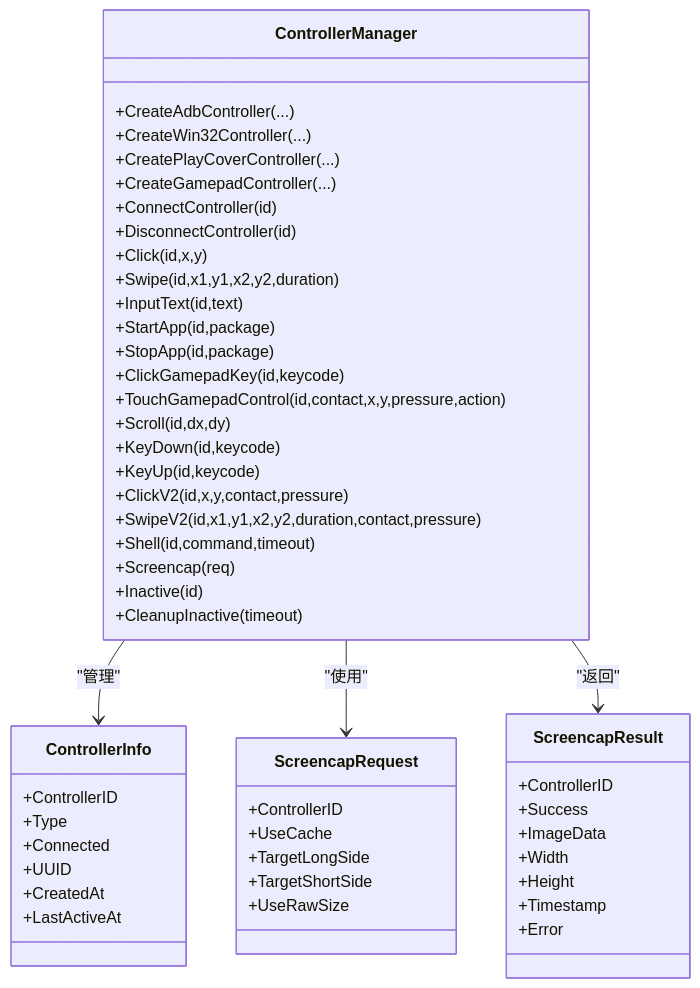
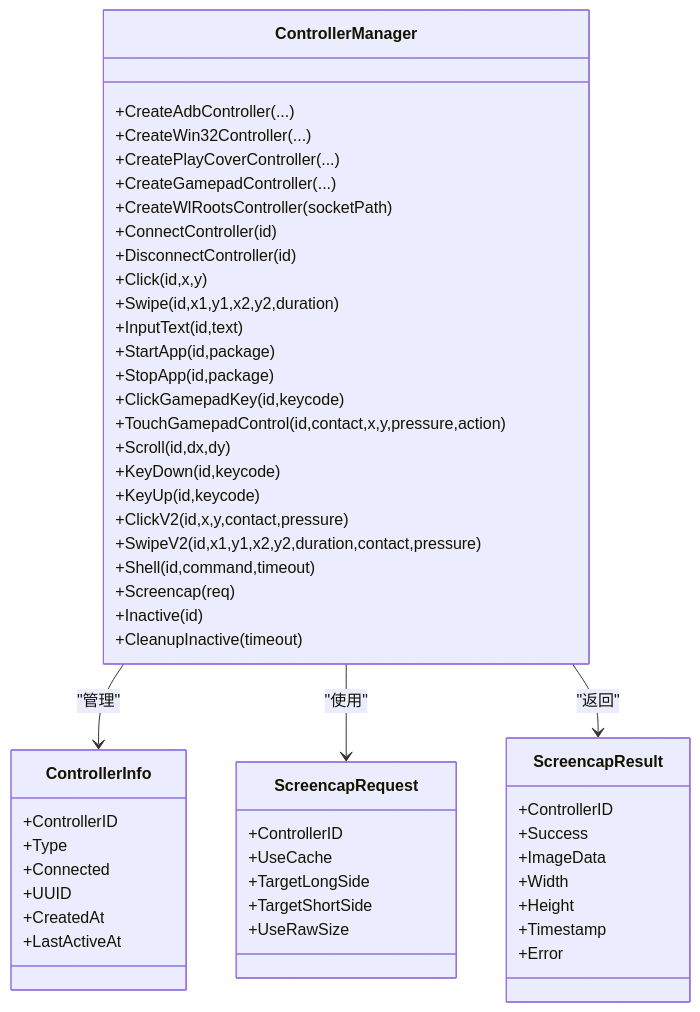
The fourth of 12 diagrams in .qoder/repowiki/zh/content/核心概念/通信协议/MFW协议.md (kqcoxn/MaaPipelineEditor), drawn with Mermaid before and after one commit. The commit also changed other lines of this file and 17 other files, not shown here.

````diff
--- a/.qoder/repowiki/zh/content/核心概念/通信协议/MFW协议.md
+++ b/.qoder/repowiki/zh/content/核心概念/通信协议/MFW协议.md
@@ -207,54 +211,55 @@
 ```mermaid
 classDiagram
 class ControllerManager {
 +CreateAdbController(...)
 +CreateWin32Controller(...)
 +CreatePlayCoverController(...)
 +CreateGamepadController(...)
++CreateWlRootsController(socketPath)
 +ConnectController(id)
 +DisconnectController(id)
 +Click(id,x,y)
 +Swipe(id,x1,y1,x2,y2,duration)
 +InputText(id,text)
 +StartApp(id,package)
 +StopApp(id,package)
 +ClickGamepadKey(id,keycode)
 +TouchGamepadControl(id,contact,x,y,pressure,action)
 +Scroll(id,dx,dy)
 +KeyDown(id,keycode)
 +KeyUp(id,keycode)
 +ClickV2(id,x,y,contact,pressure)
 +SwipeV2(id,x1,y1,x2,y2,duration,contact,pressure)
 +Shell(id,command,timeout)
 +Screencap(req)
 +Inactive(id)
 +CleanupInactive(timeout)
 }
 class ControllerInfo {
 +ControllerID
 +Type
 +Connected
 +UUID
 +CreatedAt
 +LastActiveAt
 }
 class ScreencapRequest {
 +ControllerID
 +UseCache
 +TargetLongSide
 +TargetShortSide
 +UseRawSize
 }
 class ScreencapResult {
 +ControllerID
 +Success
 +ImageData
 +Width
 +Height
 +Timestamp
 +Error
 }
 ControllerManager --> ControllerInfo : "管理"
 ControllerManager --> ScreencapRequest : "使用"
 ControllerManager --> ScreencapResult : "返回"
 ```
````
